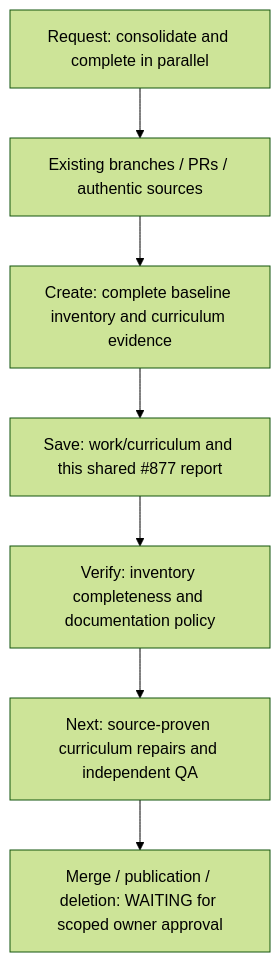
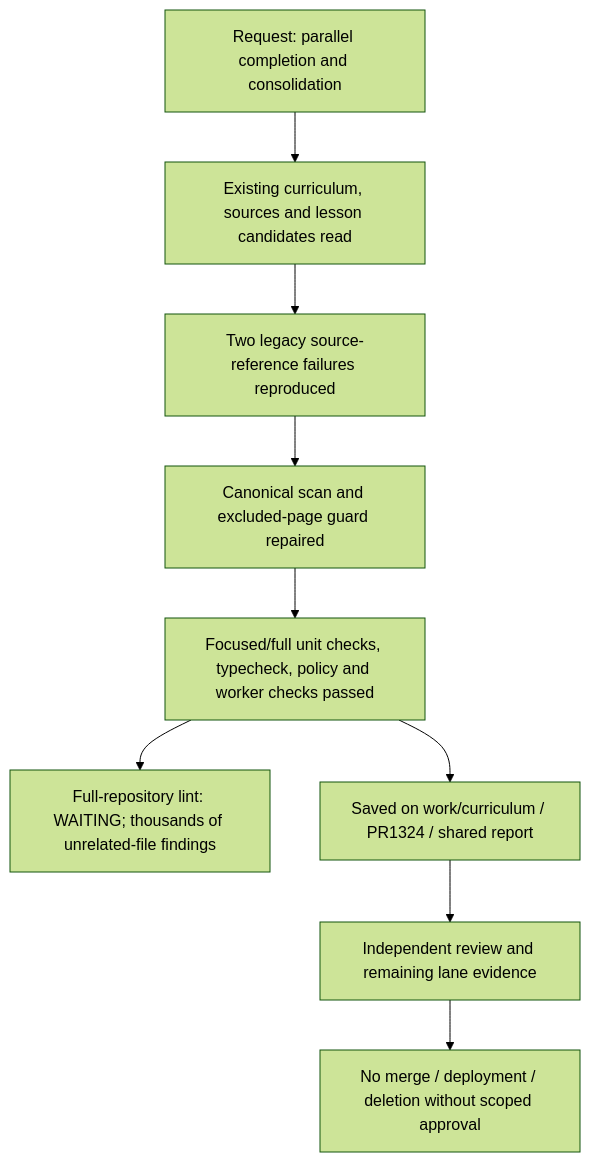
Before and after one commit to ejnburrows-rgb/cartilla-de-gretel: the third of 4 diagrams in docs/OWNER-VISUAL-STATUS.md, drawn with Mermaid (forest theme). The commit also changed other lines of this file and 7 other files, not shown here.

Commit message:
fix(curriculum): use canonical source scans and exclude unavailable references

````diff
--- a/docs/OWNER-VISUAL-STATUS.md
+++ b/docs/OWNER-VISUAL-STATUS.md
@@ -74,9 +83,11 @@
 ```mermaid
 flowchart TD
-  R["Request: consolidate and complete in parallel"] --> E["Existing branches / PRs / authentic sources"]
-  E --> C["Create: complete baseline inventory and curriculum evidence"]
-  C --> S["Save: work/curriculum and this shared #877 report"]
-  S --> T["Verify: inventory completeness and documentation policy"]
-  T --> G["Next: source-proven curriculum repairs and independent QA"]
-  G --> M["Merge / publication / deletion: WAITING for scoped owner approval"]
+  R["Request: parallel completion and consolidation"] --> E["Existing curriculum, sources and lesson candidates read"]
+  E --> F["Two legacy source-reference failures reproduced"]
+  F --> S["Canonical scan and excluded-page guard repaired"]
+  S --> T["Focused/full unit checks, typecheck, policy and worker checks passed"]
+  T --> L["Full-repository lint: WAITING; thousands of unrelated-file findings"]
+  T --> P["Saved on work/curriculum / PR1324 / shared report"]
+  P --> Q["Independent review and remaining lane evidence"]
+  Q --> D["No merge / deployment / deletion without scoped approval"]
 ```
````
